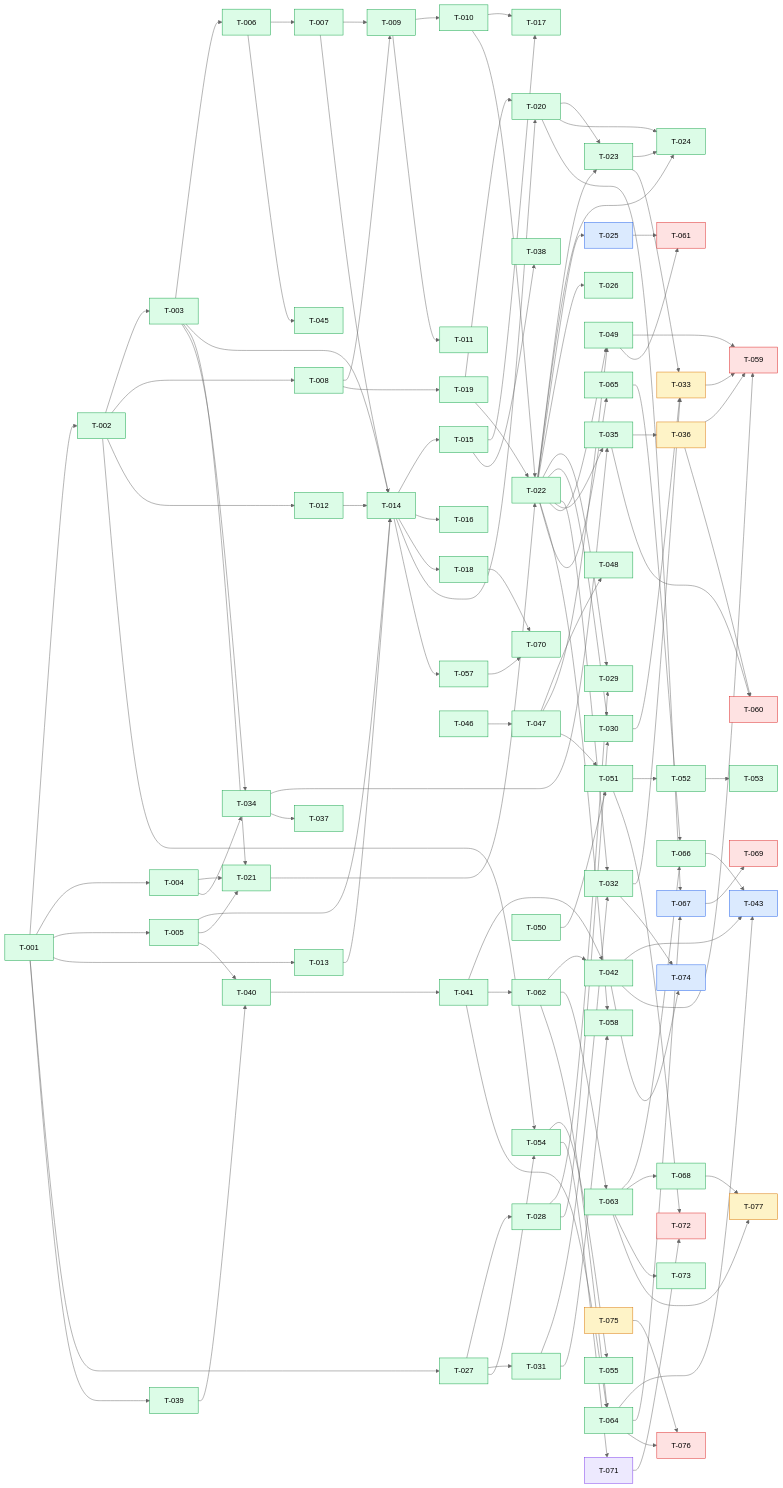
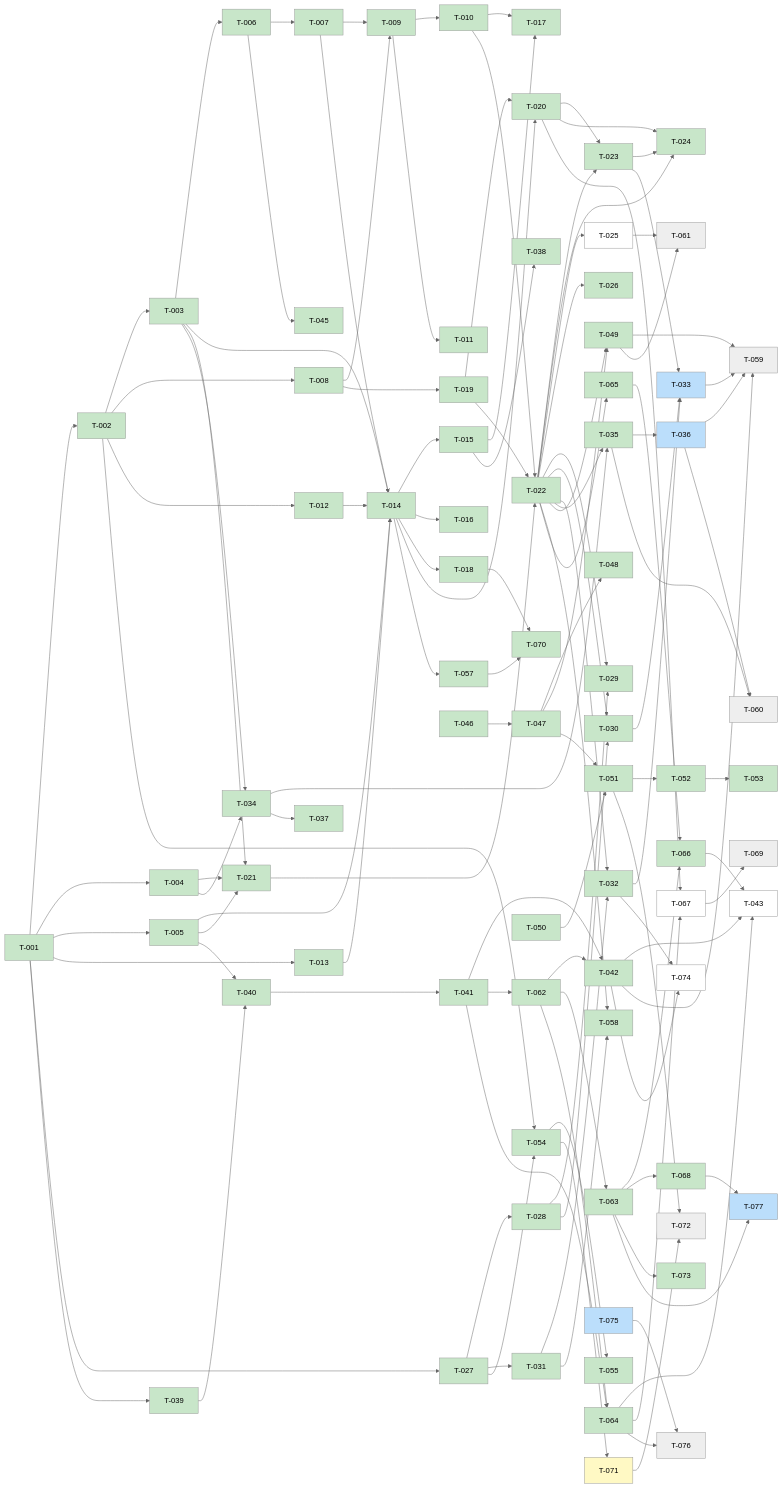
The diagram in kanban/BOARD.md (scholtz/biatec-chat), drawn with Mermaid (neutral theme) before and after one commit. The commit also changed other lines of this file, not shown here.

Commit message:
kanban: sync board (merged tasks done, unblock dependants)

````diff
--- a/kanban/BOARD.md
+++ b/kanban/BOARD.md
@@ -226,87 +226,14 @@
   T075[T-075] --> T076[T-076]
   T063[T-063] --> T077[T-077]
   T068[T-068] --> T077[T-077]
-  classDef backlog fill:#dbeafe,stroke:#2563eb
-  classDef prog fill:#fef3c7,stroke:#d97706
-  classDef blocked fill:#fee2e2,stroke:#dc2626
-  classDef review fill:#ede9fe,stroke:#7c3aed
-  classDef done fill:#dcfce7,stroke:#16a34a
-  class T001 done
-  class T002 done
-  class T003 done
-  class T004 done
-  class T005 done
-  class T006 done
-  class T007 done
-  class T008 done
-  class T009 done
-  class T010 done
-  class T011 done
-  class T012 done
-  class T013 done
-  class T014 done
-  class T015 done
-  class T016 done
-  class T017 done
-  class T018 done
-  class T019 done
-  class T020 done
-  class T021 done
-  class T022 done
-  class T023 done
-  class T024 done
-  class T025 backlog
-  class T026 done
-  class T027 done
-  class T028 done
-  class T029 done
-  class T030 done
-  class T031 done
-  class T032 done
-  class T033 prog
-  class T034 done
-  class T035 done
-  class T036 prog
-  class T037 done
-  class T038 done
-  class T039 done
-  class T040 done
-  class T041 done
-  class T042 done
-  class T043 backlog
-  class T044 done
-  class T045 done
-  class T046 done
-  class T047 done
-  class T048 done
-  class T049 done
-  class T050 done
-  class T051 done
-  class T052 done
-  class T053 done
-  class T054 done
-  class T055 done
-  class T056 done
-  class T057 done
-  class T058 done
-  class T059 blocked
-  class T060 blocked
-  class T061 blocked
-  class T062 done
-  class T063 done
-  class T064 done
-  class T065 done
-  class T066 done
-  class T067 backlog
-  class T068 done
-  class T069 blocked
-  class T070 done
+  classDef done fill:#c8e6c9
+  classDef review fill:#fff9c4
+  classDef inprogress fill:#bbdefb
+  classDef backlog fill:#ffffff
+  classDef blocked fill:#eeeeee
+  class T001,T002,T003,T004,T005,T006,T007,T008,T009,T010,T011,T012,T013,T014,T015,T016,T017,T018,T019,T020,T021,T022,T023,T024,T026,T027,T028,T029,T030,T031,T032,T034,T035,T037,T038,T039,T040,T041,T042,T044,T045,T046,T047,T048,T049,T050,T051,T052,T053,T054,T055,T056,T057,T058,T062,T063,T064,T065,T066,T068,T070,T073 done
   class T071 review
-  class T072 blocked
-  class T073 done
-  class T074 backlog
-  class T075 prog
-  class T076 blocked
-  class T077 prog
-
+  class T033,T036,T075,T077 inprogress
+  class T025,T043,T074,T067 backlog
+  class T059,T076,T072,T060,T061,T069 blocked
 ```
````
